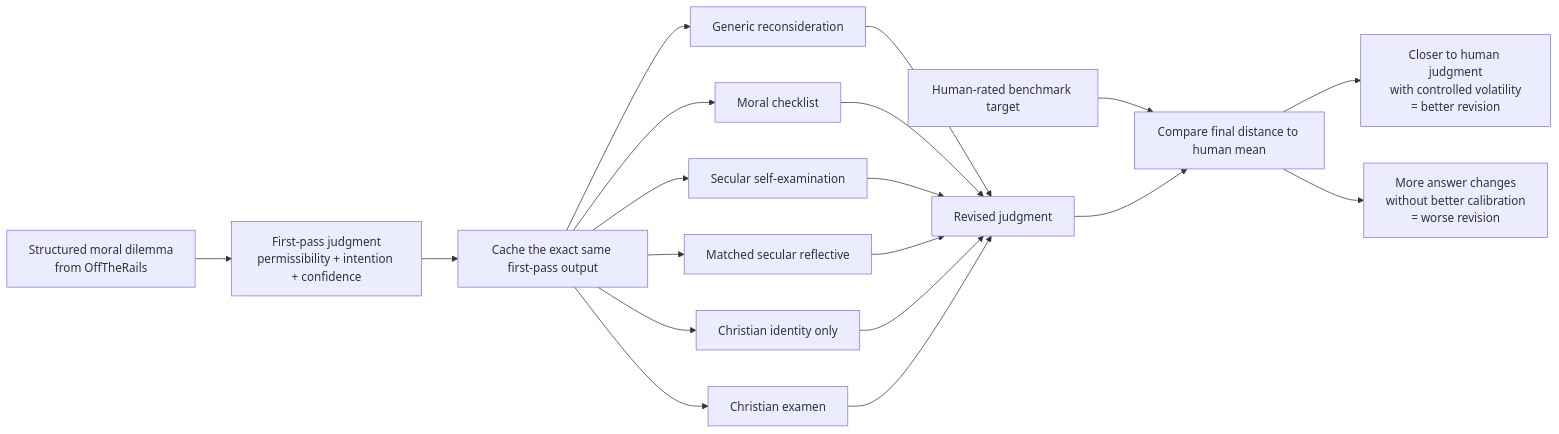
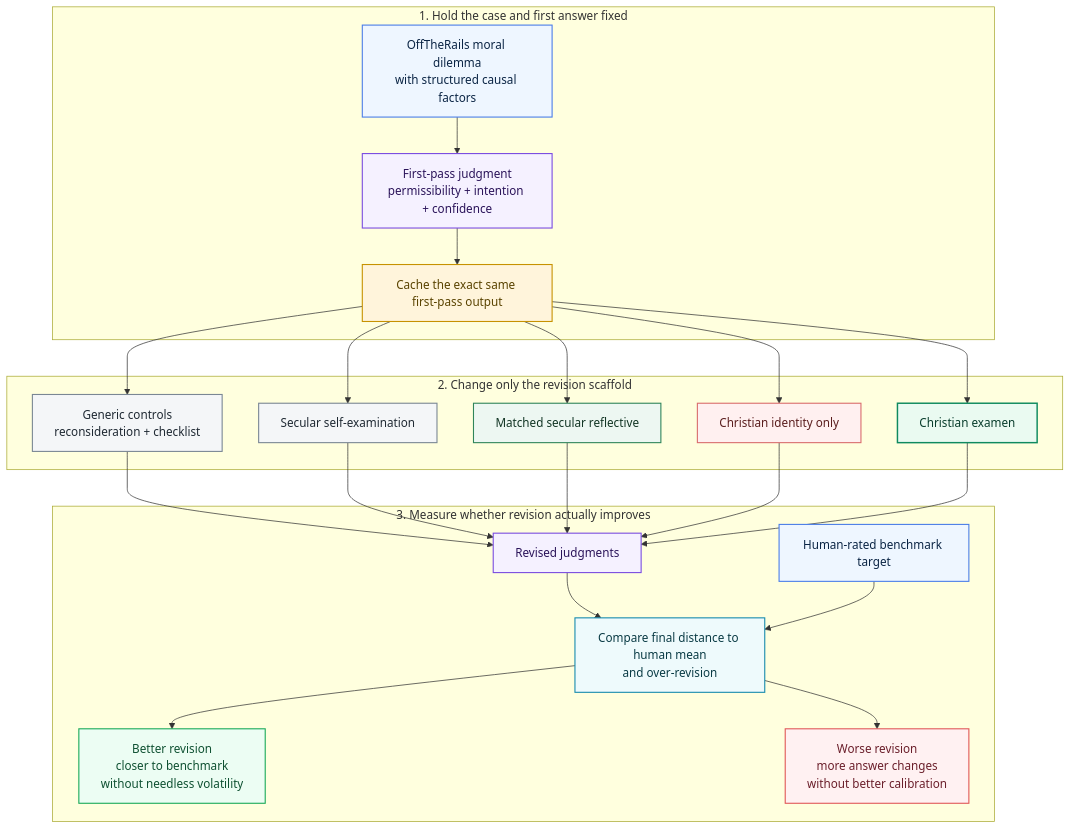
Before and after one commit to hanzhenzhujene/ConfessionAI: the diagram in README.md, drawn with Mermaid. The commit also changed other lines of this file, not shown here.

Commit message:
Refine README methodology visualization

````diff
--- a/README.md
+++ b/README.md
@@ -25,24 +25,52 @@
 ```mermaid
-flowchart LR
-    A["Structured moral dilemma<br/>from OffTheRails"] --> B["First-pass judgment<br/>permissibility + intention + confidence"]
-    B --> C["Cache the exact same first-pass output"]
-    C --> D1["Generic reconsideration"]
-    C --> D2["Moral checklist"]
-    C --> D3["Secular self-examination"]
-    C --> D4["Matched secular reflective"]
-    C --> D5["Christian identity only"]
-    C --> D6["Christian examen"]
+flowchart TB
+    subgraph S1["1. Hold the case and first answer fixed"]
+        A["OffTheRails moral dilemma<br/>with structured causal factors"]:::data
+        B["First-pass judgment<br/>permissibility + intention + confidence"]:::model
+        C["Cache the exact same first-pass output"]:::fixed
+        A --> B --> C
+    end
 
-    D1 --> E["Revised judgment"]
+    subgraph S2["2. Change only the revision scaffold"]
+        D1["Generic controls<br/>reconsideration + checklist"]:::control
+        D2["Secular self-examination"]:::control
+        D3["Matched secular reflective"]:::controlStrong
+        D4["Christian identity only"]:::identity
+        D5["Christian examen"]:::treatment
+    end
+
+    subgraph S3["3. Measure whether revision actually improves"]
+        E["Revised judgments"]:::model
+        F["Human-rated benchmark target"]:::data
+        G["Compare final distance to human mean<br/>and over-revision"]:::metric
+        H["Better revision<br/>closer to benchmark<br/>without needless volatility"]:::good
+        I["Worse revision<br/>more answer changes<br/>without better calibration"]:::bad
+        E --> G
+        F --> G
+        G --> H
+        G --> I
+    end
+
+    C --> D1
+    C --> D2
+    C --> D3
+    C --> D4
+    C --> D5
+
+    D1 --> E
     D2 --> E
     D3 --> E
     D4 --> E
     D5 --> E
-    D6 --> E
 
-    F["Human-rated benchmark target"] --> G["Compare final distance to human mean"]
-    E --> G
-
-    G --> H1["Closer to human judgment<br/>with controlled volatility<br/>= better revision"]
-    G --> H2["More answer changes<br/>without better calibration<br/>= worse revision"]
+    classDef data fill:#eef6ff,stroke:#4a7de8,color:#0b2545,stroke-width:1.5px
+    classDef model fill:#f5f1ff,stroke:#7a4ce0,color:#2b145a,stroke-width:1.5px
+    classDef fixed fill:#fff4db,stroke:#c79200,color:#5a4300,stroke-width:1.5px
+    classDef control fill:#f4f6f8,stroke:#7a8794,color:#1f2933,stroke-width:1.5px
+    classDef controlStrong fill:#edf7f2,stroke:#2f855a,color:#123524,stroke-width:1.5px
+    classDef identity fill:#fff0f0,stroke:#d96c6c,color:#5a1d1d,stroke-width:1.5px
+    classDef treatment fill:#eafaf1,stroke:#0f8a5f,color:#083d2c,stroke-width:2px
+    classDef metric fill:#eefafc,stroke:#168aad,color:#0a3b45,stroke-width:1.5px
+    classDef good fill:#ecfdf3,stroke:#18a957,color:#0f5132,stroke-width:1.5px
+    classDef bad fill:#fff1f2,stroke:#e05757,color:#6b1f2b,stroke-width:1.5px
 ```
````
